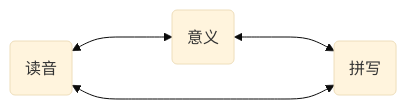
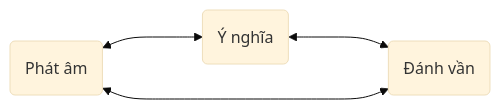
One commit to nthung2112/everyone-can-use-english changed the third of 4 diagrams in 1000-hours/sounds-of-american-english/4-whats-next.md. Above: the diagram before and after it, drawn with Mermaid (base theme). The commit also changed other lines of this file and 20 other files, not shown here.

````diff
--- a/1000-hours/sounds-of-american-english/4-whats-next.md
+++ b/1000-hours/sounds-of-american-english/4-whats-next.md
@@ -43,7 +43,7 @@
 ```mermaid
 flowchart LR
 
-sounds(读音)<--->meanings(意义)
-meanings<--->spellings(拼写)
+sounds(Phát âm)<--->meanings(Ý nghĩa)
+meanings<--->spellings(Đánh vần)
 sounds<--->spellings
 ```
````
